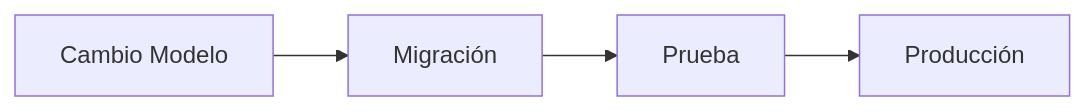
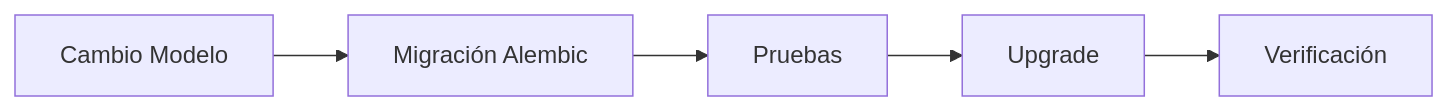
One commit to chirijose79-ui/Chiri changed the fourth of 22 diagrams in docs/050_BaseDatos.md. Above: the diagram before and after it, drawn with Mermaid. The commit also changed other lines of this file, not shown here.

````diff
--- a/docs/050_BaseDatos.md
+++ b/docs/050_BaseDatos.md
@@ -698,16 +701,14 @@
-```mermaid id="5k9m2x"
+```mermaid
 flowchart LR
 
     Change["Cambio Modelo"]
-
-    Migration["Migración"]
-
-    Test["Prueba"]
-
-    Production["Producción"]
-
+    Migration["Migración Alembic"]
+    Test["Pruebas"]
+    Upgrade["Upgrade"]
+    Verification["Verificación"]
 
     Change --> Migration
     Migration --> Test
-    Test --> Production
+    Test --> Upgrade
+    Upgrade --> Verification
 ```
````
